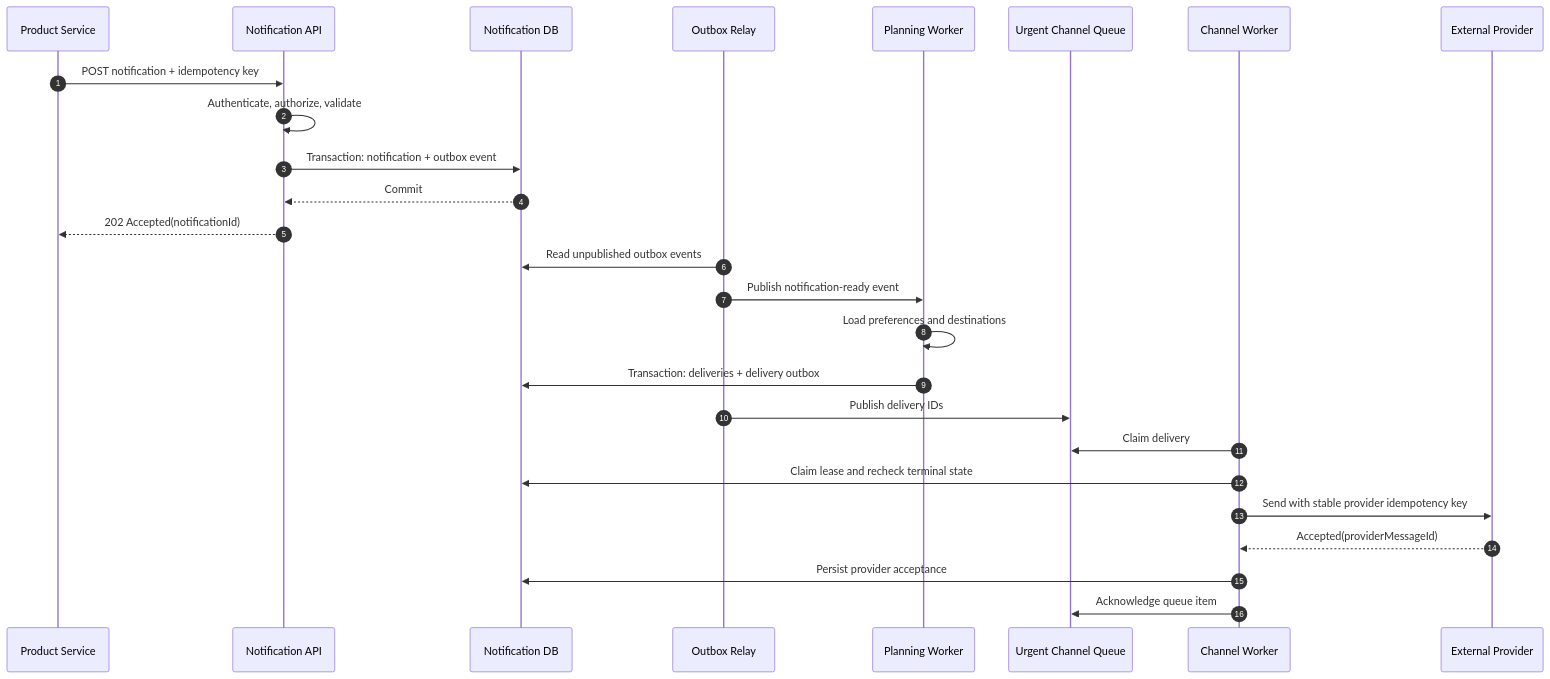
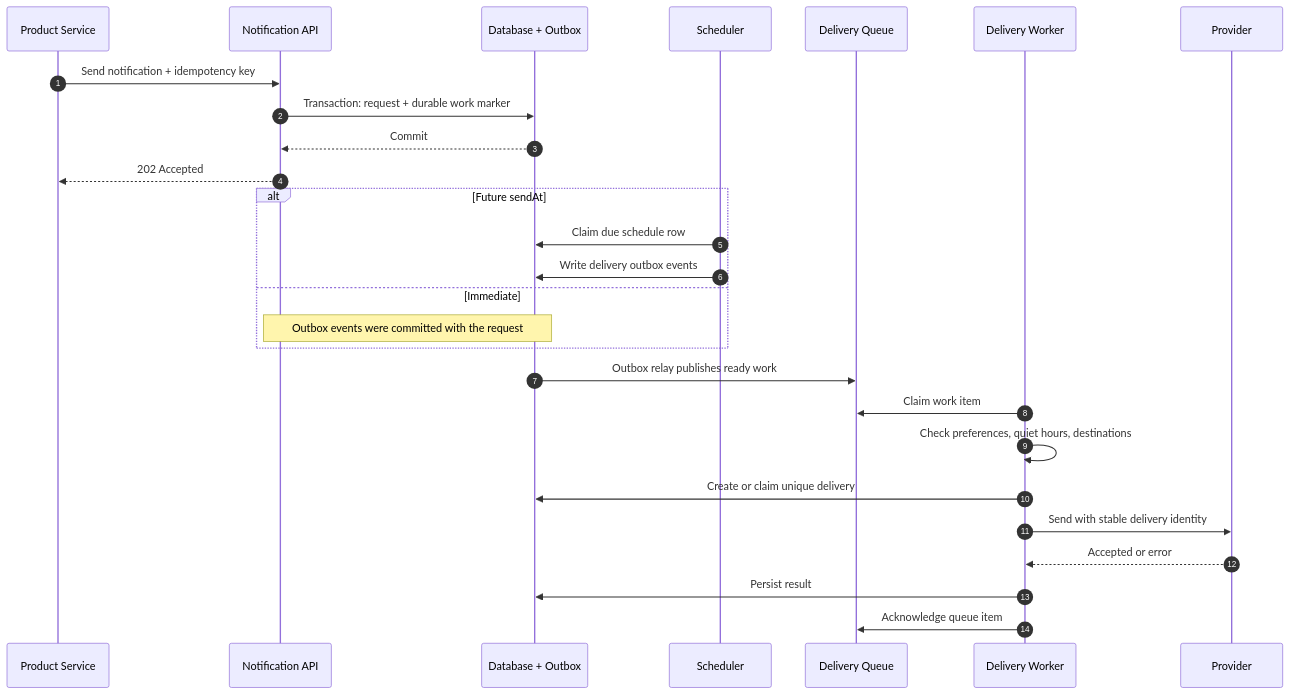
The third of 4 diagrams in notification_system_design.md (ying8020/SD), drawn with Mermaid before and after one commit. The commit also changed other lines of this file, not shown here.

Commit message:
Condense notification system interview guide

````diff
--- a/notification_system_design.md
+++ b/notification_system_design.md
@@ -365,30 +246,32 @@
 ```mermaid
 sequenceDiagram
     autonumber
     participant C as Product Service
     participant A as Notification API
-    participant D as Notification DB
-    participant O as Outbox Relay
-    participant P as Planning Worker
-    participant Q as Urgent Channel Queue
-    participant W as Channel Worker
-    participant X as External Provider
+    participant D as Database + Outbox
+    participant S as Scheduler
+    participant Q as Delivery Queue
+    participant W as Delivery Worker
+    participant P as Provider
 
-    C->>A: POST notification + idempotency key
-    A->>A: Authenticate, authorize, validate
-    A->>D: Transaction: notification + outbox event
+    C->>A: Send notification + idempotency key
+    A->>D: Transaction: request + durable work marker
     D-->>A: Commit
-    A-->>C: 202 Accepted(notificationId)
+    A-->>C: 202 Accepted
 
-    O->>D: Read unpublished outbox events
-    O->>P: Publish notification-ready event
-    P->>P: Load preferences and destinations
-    P->>D: Transaction: deliveries + delivery outbox
-    O->>Q: Publish delivery IDs
-    W->>Q: Claim delivery
-    W->>D: Claim lease and recheck terminal state
-    W->>X: Send with stable provider idempotency key
-    X-->>W: Accepted(providerMessageId)
-    W->>D: Persist provider acceptance
+    alt Future sendAt
+        S->>D: Claim due schedule row
+        S->>D: Write delivery outbox events
+    else Immediate
+        Note over A,D: Outbox events were committed with the request
+    end
+
+    D->>Q: Outbox relay publishes ready work
+    W->>Q: Claim work item
+    W->>W: Check preferences, quiet hours, destinations
+    W->>D: Create or claim unique delivery
+    W->>P: Send with stable delivery identity
+    P-->>W: Accepted or error
+    W->>D: Persist result
     W->>Q: Acknowledge queue item
 ```
````
